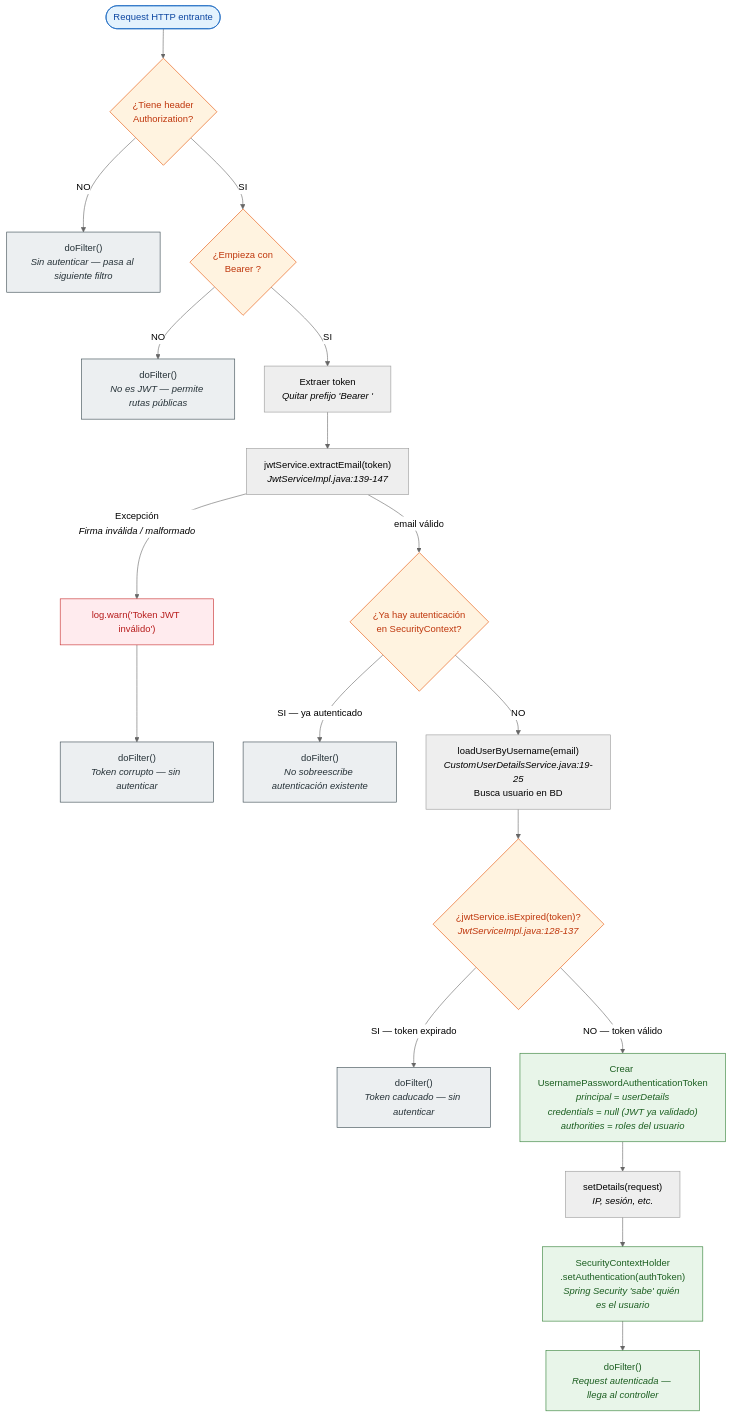
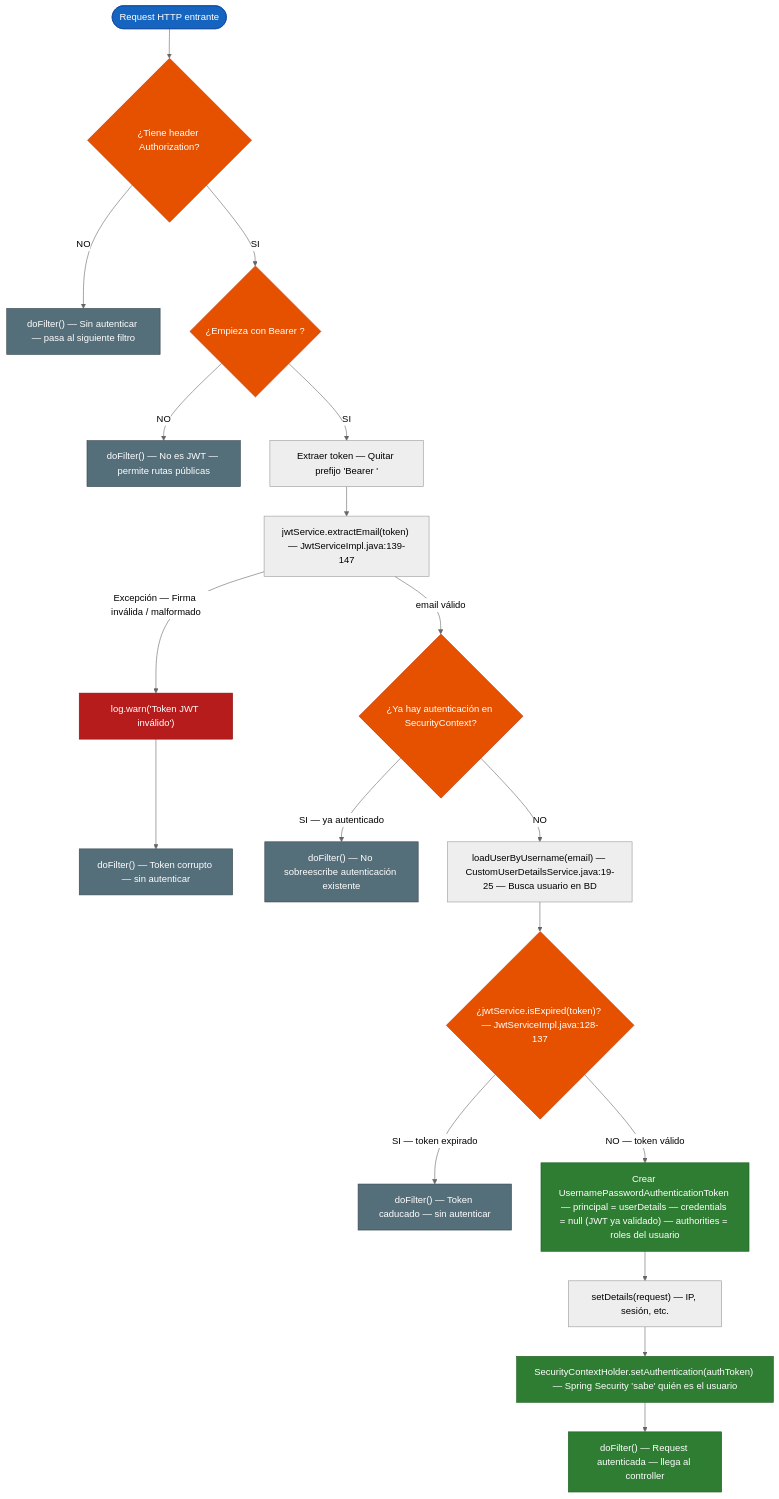
Before and after one commit to dio-quincarDev/springsecurity-basics: the fourth of 8 diagrams in docs/ARQUITECTURA.md, drawn with Mermaid (neutral theme). The commit also changed other lines of this file, not shown here.

Commit message:
Mejora de Diagramas

````diff
--- a/docs/ARQUITECTURA.md
+++ b/docs/ARQUITECTURA.md
@@ -151,43 +151,43 @@
 ```mermaid
 flowchart TD
-    START(["Request HTTP entrante"]) --> CHECK_HEADER{"¿Tiene header<br/>Authorization?"}
+    START(["Request HTTP entrante"]) --> CHECK_HEADER{"¿Tiene header Authorization?"}
 
-    CHECK_HEADER -->|"NO"| PASS1["doFilter()<br/><i>Sin autenticar — pasa al siguiente filtro</i>"]
-    CHECK_HEADER -->|"SI"| CHECK_BEARER{"¿Empieza con<br/>Bearer ?"}
+    CHECK_HEADER -->|"NO"| PASS1["doFilter() — Sin autenticar — pasa al siguiente filtro"]
+    CHECK_HEADER -->|"SI"| CHECK_BEARER{"¿Empieza con Bearer ?"}
 
-    CHECK_BEARER -->|"NO"| PASS2["doFilter()<br/><i>No es JWT — permite rutas públicas</i>"]
-    CHECK_BEARER -->|"SI"| EXTRACT["Extraer token<br/><i>Quitar prefijo 'Bearer '</i>"]
+    CHECK_BEARER -->|"NO"| PASS2["doFilter() — No es JWT — permite rutas públicas"]
+    CHECK_BEARER -->|"SI"| EXTRACT["Extraer token — Quitar prefijo 'Bearer '"]
 
-    EXTRACT --> PARSE["jwtService.extractEmail(token)<br/><i>JwtServiceImpl.java:139-147</i>"]
-    PARSE -->|"Excepción<br/><i>Firma inválida / malformado</i>"| LOG_WARN["log.warn('Token JWT inválido')"]
-    LOG_WARN --> PASS3["doFilter()<br/><i>Token corrupto — sin autenticar</i>"]
+    EXTRACT --> PARSE["jwtService.extractEmail(token) — JwtServiceImpl.java:139-147"]
+    PARSE -->|"Excepción — Firma inválida / malformado"| LOG_WARN["log.warn('Token JWT inválido')"]
+    LOG_WARN --> PASS3["doFilter() — Token corrupto — sin autenticar"]
 
-    PARSE -->|"email válido"| CHECK_CTX{"¿Ya hay autenticación<br/>en SecurityContext?"}
+    PARSE -->|"email válido"| CHECK_CTX{"¿Ya hay autenticación en SecurityContext?"}
 
-    CHECK_CTX -->|"SI — ya autenticado"| PASS4["doFilter()<br/><i>No sobreescribe autenticación existente</i>"]
-    CHECK_CTX -->|"NO"| LOAD_USER["loadUserByUsername(email)<br/><i>CustomUserDetailsService.java:19-25</i><br/>Busca usuario en BD"]
+    CHECK_CTX -->|"SI — ya autenticado"| PASS4["doFilter() — No sobreescribe autenticación existente"]
+    CHECK_CTX -->|"NO"| LOAD_USER["loadUserByUsername(email) — CustomUserDetailsService.java:19-25 — Busca usuario en BD"]
 
-    LOAD_USER --> CHECK_EXPIRED{"¿jwtService.isExpired(token)?<br/><i>JwtServiceImpl.java:128-137</i>"}
+    LOAD_USER --> CHECK_EXPIRED{"¿jwtService.isExpired(token)? — JwtServiceImpl.java:128-137"}
 
-    CHECK_EXPIRED -->|"SI — token expirado"| PASS5["doFilter()<br/><i>Token caducado — sin autenticar</i>"]
-    CHECK_EXPIRED -->|"NO — token válido"| CREATE_AUTH["Crear UsernamePasswordAuthenticationToken<br/><i>principal = userDetails<br/>credentials = null (JWT ya validado)<br/>authorities = roles del usuario</i>"]
+    CHECK_EXPIRED -->|"SI — token expirado"| PASS5["doFilter() — Token caducado — sin autenticar"]
+    CHECK_EXPIRED -->|"NO — token válido"| CREATE_AUTH["Crear UsernamePasswordAuthenticationToken — principal = userDetails — credentials = null (JWT ya validado) — authorities = roles del usuario"]
 
-    CREATE_AUTH --> SET_DETAILS["setDetails(request)<br/><i>IP, sesión, etc.</i>"]
-    SET_DETAILS --> SET_CTX["SecurityContextHolder<br/>.setAuthentication(authToken)<br/><i>Spring Security 'sabe' quién es el usuario</i>"]
-    SET_CTX --> PASS6["doFilter()<br/><i>Request autenticada — llega al controller</i>"]
+    CREATE_AUTH --> SET_DETAILS["setDetails(request) — IP, sesión, etc."]
+    SET_DETAILS --> SET_CTX["SecurityContextHolder.setAuthentication(authToken) — Spring Security 'sabe' quién es el usuario"]
+    SET_CTX --> PASS6["doFilter() — Request autenticada — llega al controller"]
 
-    style START fill:#e3f2fd,stroke:#1565c0,color:#0d47a1
-    style CHECK_HEADER fill:#fff3e0,stroke:#e65100,color:#bf360c
-    style CHECK_BEARER fill:#fff3e0,stroke:#e65100,color:#bf360c
-    style CHECK_CTX fill:#fff3e0,stroke:#e65100,color:#bf360c
-    style CHECK_EXPIRED fill:#fff3e0,stroke:#e65100,color:#bf360c
-    style CREATE_AUTH fill:#e8f5e9,stroke:#2e7d32,color:#1b5e20
-    style SET_CTX fill:#e8f5e9,stroke:#2e7d32,color:#1b5e20
-    style LOG_WARN fill:#ffebee,stroke:#c62828,color:#b71c1c
-    style PASS1 fill:#eceff1,stroke:#37474f,color:#263238
-    style PASS2 fill:#eceff1,stroke:#37474f,color:#263238
-    style PASS3 fill:#eceff1,stroke:#37474f,color:#263238
-    style PASS4 fill:#eceff1,stroke:#37474f,color:#263238
-    style PASS5 fill:#eceff1,stroke:#37474f,color:#263238
-    style PASS6 fill:#e8f5e9,stroke:#2e7d32,color:#1b5e20
+    style START fill:#1565c0,stroke:#0d47a1,color:#ffffff
+    style CHECK_HEADER fill:#e65100,stroke:#bf360c,color:#ffffff
+    style CHECK_BEARER fill:#e65100,stroke:#bf360c,color:#ffffff
+    style CHECK_CTX fill:#e65100,stroke:#bf360c,color:#ffffff
+    style CHECK_EXPIRED fill:#e65100,stroke:#bf360c,color:#ffffff
+    style CREATE_AUTH fill:#2e7d32,stroke:#1b5e20,color:#ffffff
+    style SET_CTX fill:#2e7d32,stroke:#1b5e20,color:#ffffff
+    style LOG_WARN fill:#b71c1c,stroke:#880e0e,color:#ffffff
+    style PASS1 fill:#546e7a,stroke:#37474f,color:#ffffff
+    style PASS2 fill:#546e7a,stroke:#37474f,color:#ffffff
+    style PASS3 fill:#546e7a,stroke:#37474f,color:#ffffff
+    style PASS4 fill:#546e7a,stroke:#37474f,color:#ffffff
+    style PASS5 fill:#546e7a,stroke:#37474f,color:#ffffff
+    style PASS6 fill:#2e7d32,stroke:#1b5e20,color:#ffffff
 ```
````
